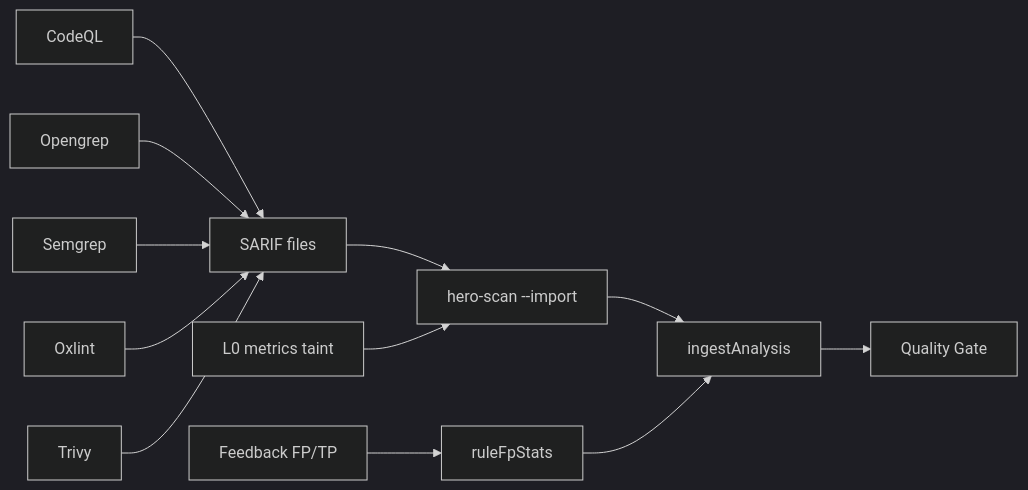
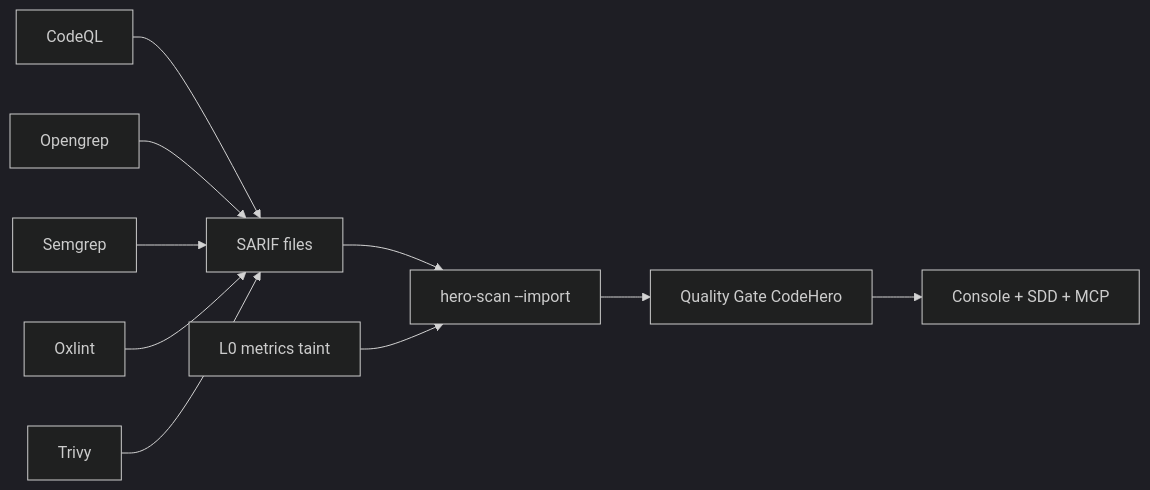
The diagram in docs/wiki/Presenca-SARIF.md (nbsjunior/codehero), drawn with Mermaid (dark theme) before and after one commit. The commit also changed other lines of this file and 49 other files, not shown here.

First line of the commit message:
feat: code-graph na avaliacao e docs para CTO/TL

````diff
--- a/docs/wiki/Presenca-SARIF.md
+++ b/docs/wiki/Presenca-SARIF.md
@@ -72,14 +57,12 @@
 ```mermaid
 flowchart LR
   QL[CodeQL] --> SARIF[SARIF files]
   OG[Opengrep] --> SARIF
   SG[Semgrep] --> SARIF
   OX[Oxlint] --> SARIF
   TV[Trivy] --> SARIF
   SARIF --> Scan[hero-scan --import]
   Native[L0 metrics taint] --> Scan
-  Scan --> Ingest[ingestAnalysis]
-  FB[Feedback FP/TP] --> Stats[ruleFpStats]
-  Stats --> Ingest
-  Ingest --> Gate[Quality Gate]
+  Scan --> Gate[Quality Gate CodeHero]
+  Gate --> Portal[Console + SDD + MCP]
 ```
````
